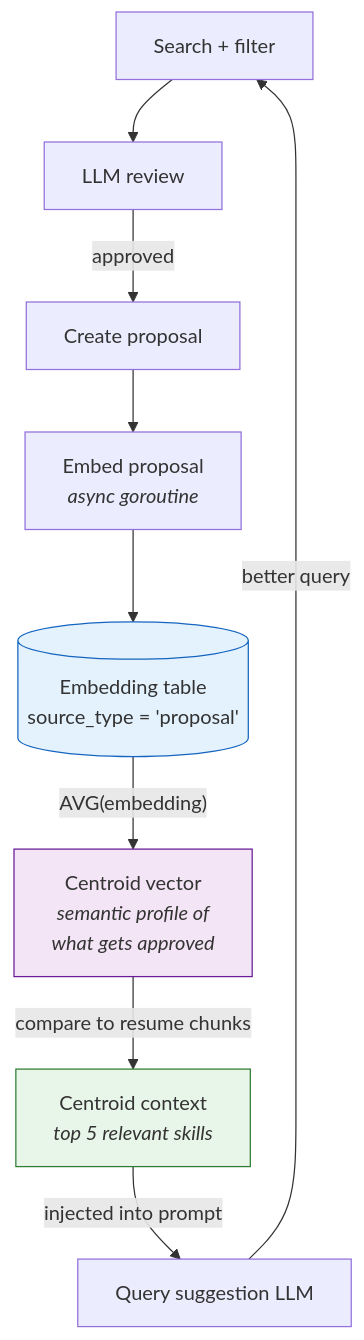
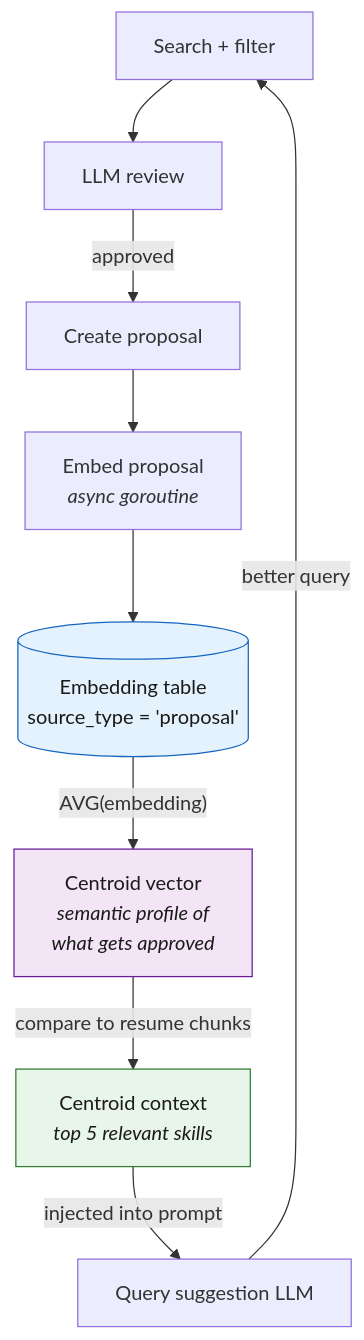
Before and after one commit to hubenschmidt/pina-colada: the fifth of 10 diagrams in README.md, drawn with Mermaid. The commit also changed other lines of this file, not shown here.

Commit message:
update mermaid graph

````diff
--- a/README.md
+++ b/README.md
@@ -252,15 +252,15 @@
 ```mermaid
 flowchart TD
     SEARCH["Search + filter"] --> REVIEW["LLM review"]
     REVIEW -->|approved| PROPOSAL["Create proposal"]
     PROPOSAL --> EMBED["Embed proposal<br/><i>async goroutine</i>"]
     EMBED --> TABLE[("Embedding table<br/>source_type = 'proposal'")]
     TABLE -->|"AVG(embedding)"| CENTROID["Centroid vector<br/><i>semantic profile of<br/>what gets approved</i>"]
     CENTROID -->|"compare to resume chunks"| CONTEXT["Centroid context<br/><i>top 5 relevant skills</i>"]
     CONTEXT -->|"injected into prompt"| QUERYGEN["Query suggestion LLM"]
     QUERYGEN -->|"better query"| SEARCH
 
-    style CENTROID fill:#f3e5f5,stroke:#6a1b9a
-    style CONTEXT fill:#e8f5e9,stroke:#2e7d32
-    style TABLE fill:#e3f2fd,stroke:#1565c0
+    style CENTROID fill:#f3e5f5,stroke:#6a1b9a,color:#1a1a1a
+    style CONTEXT fill:#e8f5e9,stroke:#2e7d32,color:#1a1a1a
+    style TABLE fill:#e3f2fd,stroke:#1565c0,color:#1a1a1a
 ```
````
